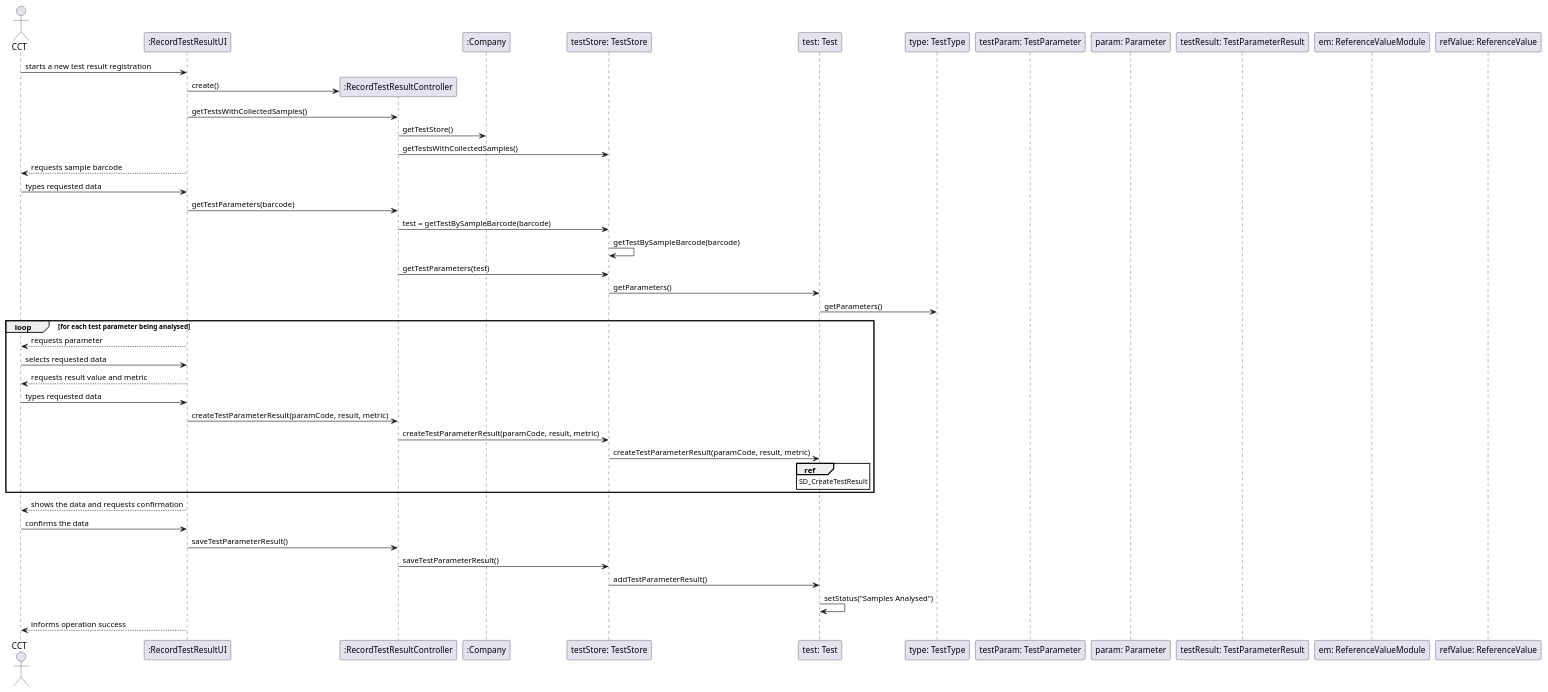
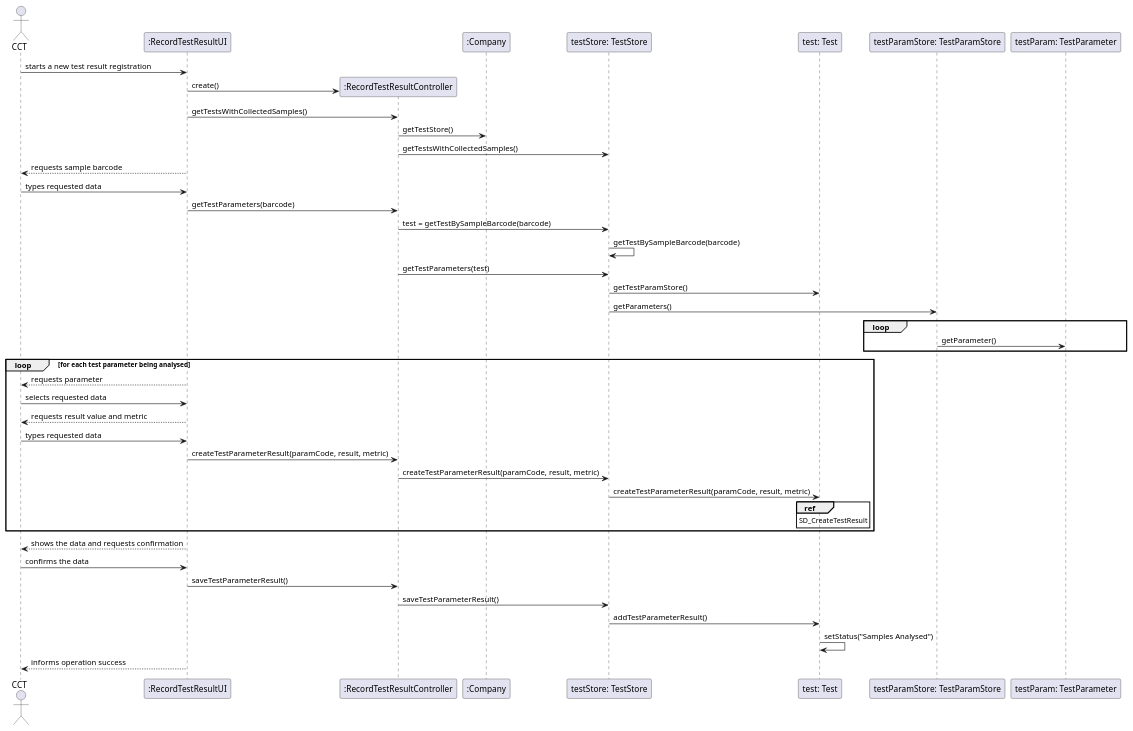
Before and after one commit to MadDinosaur/ISEP-LAPR2: the diagram in docs/SprintC/US12/US12_SD.puml, drawn with PlantUML. The commit also changed 8 other files, not shown here.

Commit message:
Added TestParamStore and Test classes. Developed classes and artifacts related to US12.

```diff
--- a/docs/SprintC/US12/US12_SD.puml
+++ b/docs/SprintC/US12/US12_SD.puml
@@ -1,49 +1,48 @@
 @startuml
 actor CCT as cct
 participant ":RecordTestResultUI" as ui
 participant ":RecordTestResultController" as controller
 participant ":Company" as company
 participant "testStore: TestStore" as ts
 participant "test: Test" as test
-participant "type: TestType" as type
+participant "testParamStore: TestParamStore" as tpstore
 participant "testParam: TestParameter" as testParam
-participant "param: Parameter" as param
-participant "testResult: TestParameterResult" as testResult
-participant "em: ReferenceValueModule" as em
-participant "refValue: ReferenceValue" as refValue
 
 
 cct -> ui : starts a new test result registration
 create controller
 ui -> controller : create()
 ui -> controller : getTestsWithCollectedSamples()
 controller -> company : getTestStore()
 controller -> ts : getTestsWithCollectedSamples()
 ui --> cct : requests sample barcode
 cct -> ui : types requested data
 ui -> controller : getTestParameters(barcode)
 controller -> ts : test = getTestBySampleBarcode(barcode)
 ts -> ts : getTestBySampleBarcode(barcode)
 controller -> ts : getTestParameters(test)
-ts -> test : getParameters()
-test -> type : getParameters()
+ts -> test : getTestParamStore()
+ts -> tpstore : getParameters()
+loop
+tpstore -> testParam : getParameter()
+end loop
 loop for each test parameter being analysed
 ui --> cct : requests parameter
 cct -> ui : selects requested data
 ui --> cct : requests result value and metric
 cct -> ui : types requested data
 ui -> controller : createTestParameterResult(paramCode, result, metric)
 controller -> ts : createTestParameterResult(paramCode, result, metric)
 ts -> test : createTestParameterResult(paramCode, result, metric)
 ref over test : SD_CreateTestResult
 end loop
 ui --> cct : shows the data and requests confirmation
 cct -> ui : confirms the data
 ui -> controller : saveTestParameterResult()
 controller -> ts : saveTestParameterResult()
 ts -> test : addTestParameterResult()
 test -> test : setStatus("Samples Analysed")
 ui --> cct : informs operation success
 
 
 @enduml
```
